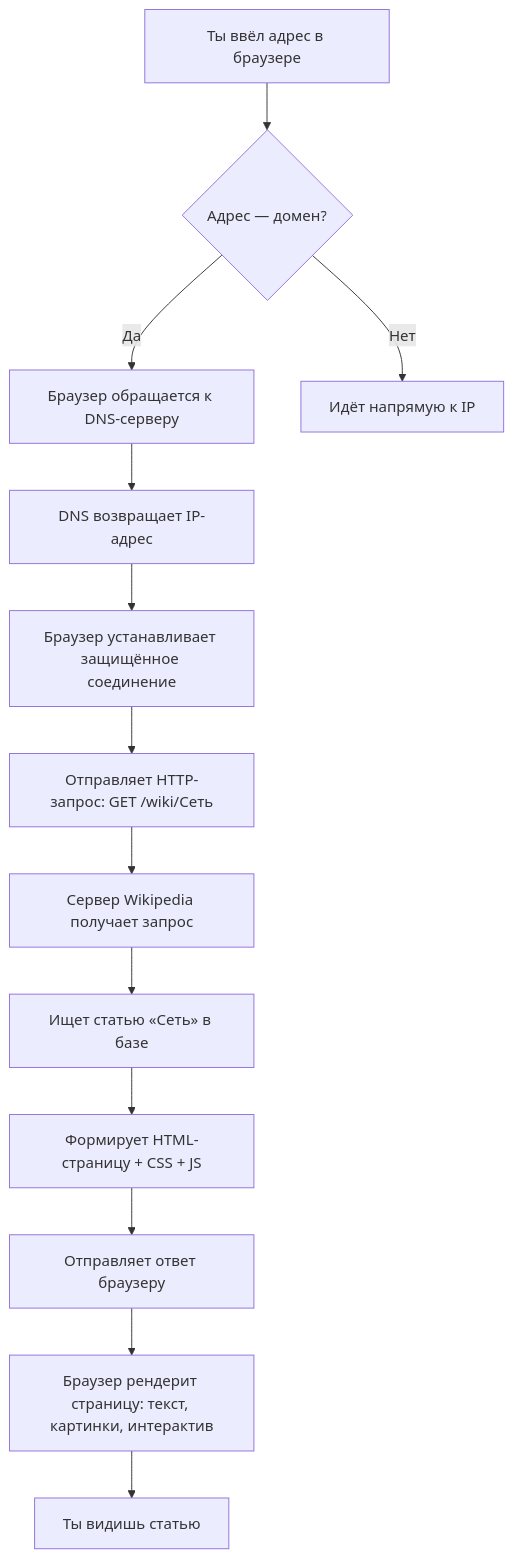
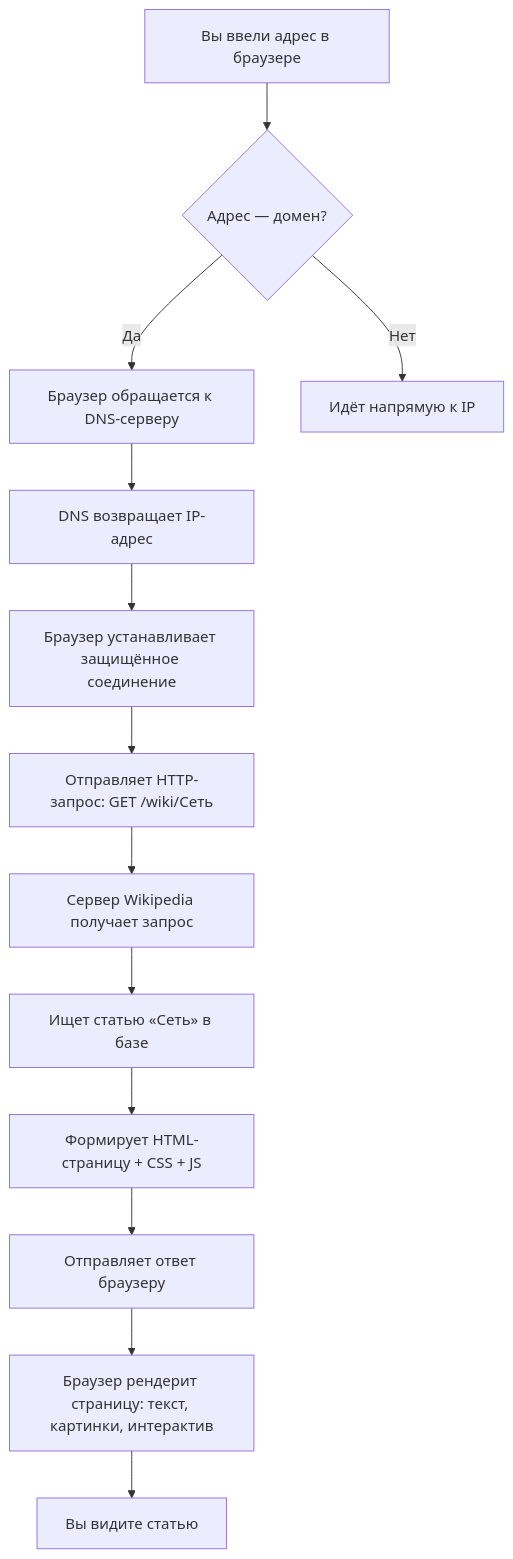
The diagram in docs/encyclopedia/9-spinoff/9-11-dlya-detey/1-computer/16.md (Spirzen/it-knowledge-base), drawn with Mermaid before and after one commit. The commit also changed other lines of this file and 1180 other files, not shown here.

````diff
--- a/docs/encyclopedia/9-spinoff/9-11-dlya-detey/1-computer/16.md
+++ b/docs/encyclopedia/9-spinoff/9-11-dlya-detey/1-computer/16.md
@@ -208,15 +208,15 @@
 ```mermaid
 flowchart TD
-    A[Ты ввёл адрес в браузере] --> B{Адрес — домен?}
+    A[Вы ввели адрес в браузере] --> B{Адрес — домен?}
     B -->|Да| C[Браузер обращается к DNS-серверу]
     B -->|Нет| D[Идёт напрямую к IP]
     C --> E[DNS возвращает IP-адрес]
     E --> F[Браузер устанавливает защищённое соединение]
     F --> G[Отправляет HTTP-запрос: GET /wiki/Сеть]
     G --> H[Сервер Wikipedia получает запрос]
     H --> I[Ищет статью «Сеть» в базе]
     I --> J[Формирует HTML-страницу + CSS + JS]
     J --> K[Отправляет ответ браузеру]
     K --> L[Браузер рендерит страницу: текст, картинки, интерактив]
-    L --> M[Ты видишь статью]
+    L --> M[Вы видите статью]
 ```
````
